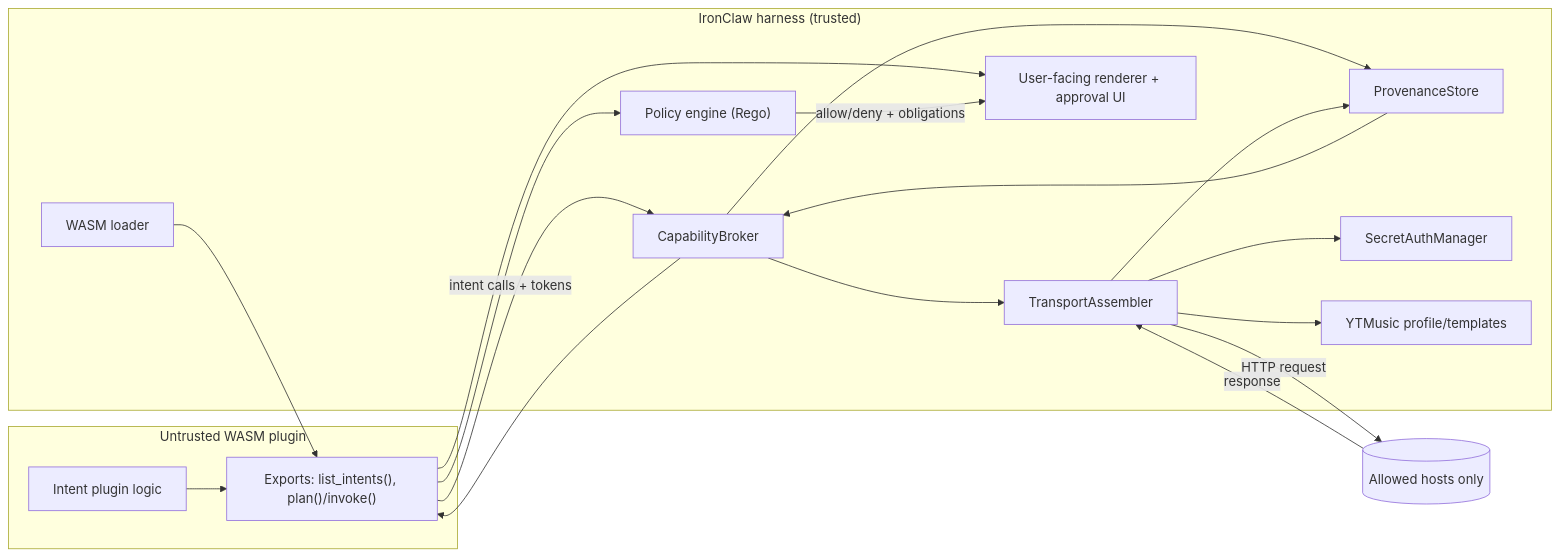
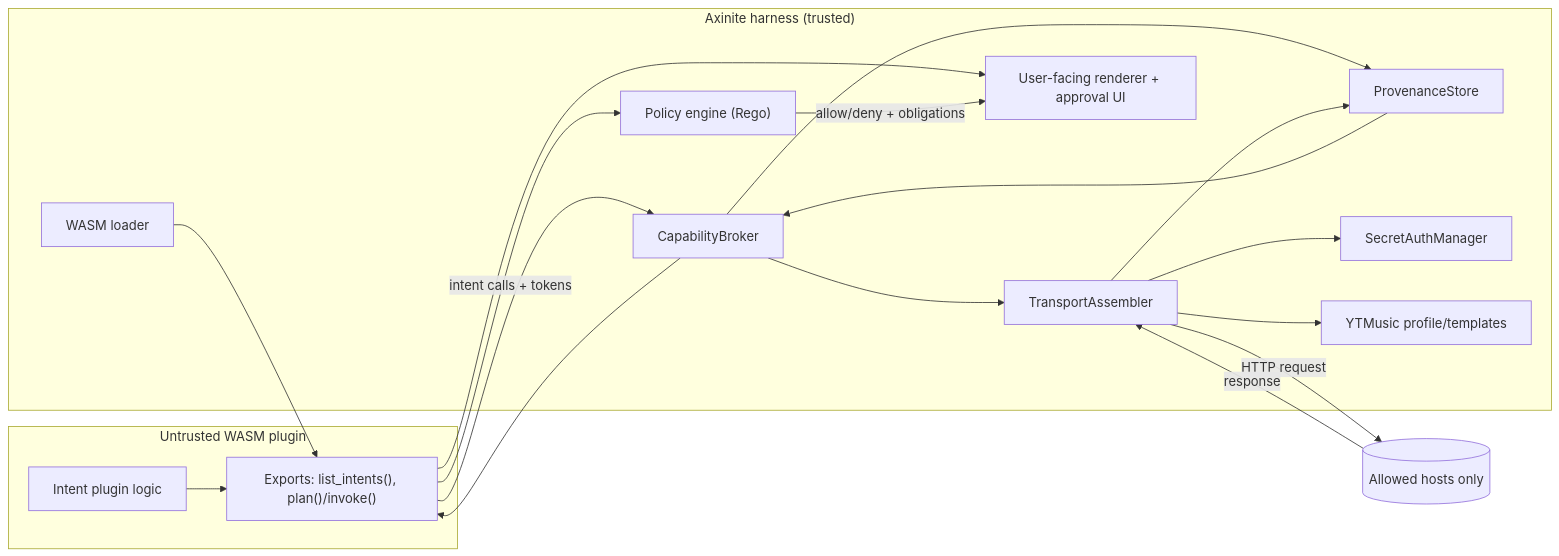
The first of 2 diagrams in docs/rfcs/0006-provenance-based-zero-knowledge-intent-plugins.md (leynos/axinite), drawn with Mermaid before and after one commit. The commit also changed other lines of this file and 507 other files, not shown here.

````diff
--- a/docs/rfcs/0006-provenance-based-zero-knowledge-intent-plugins.md
+++ b/docs/rfcs/0006-provenance-based-zero-knowledge-intent-plugins.md
@@ -227,34 +227,34 @@
 ```mermaid
 flowchart LR
   subgraph WASM["Untrusted WASM plugin"]
     P["Intent plugin logic"]
     IM["Exports: list_intents(), plan()/invoke()"]
   end
 
-  subgraph Host["IronClaw harness (trusted)"]
+  subgraph Host["Axinite harness (trusted)"]
     L["WASM loader"]
     PB["Policy engine (Rego)"]
     PS["ProvenanceStore"]
     CB["CapabilityBroker"]
     TA["TransportAssembler"]
     AM["SecretAuthManager"]
     YT["YTMusic profile/templates"]
     UI["User-facing renderer + approval UI"]
   end
 
   P --> IM
   L --> IM
   IM --> UI
   IM --> PB
   PB -->|allow/deny + obligations| UI
   IM -->|intent calls + tokens| CB
   CB --> PS
   CB --> TA
   TA --> AM
   TA --> YT
   TA -->|HTTP request| Net[(Allowed hosts only)]
   Net -->|response| TA
   TA --> PS
   PS --> CB
   CB --> IM
 ```
````
